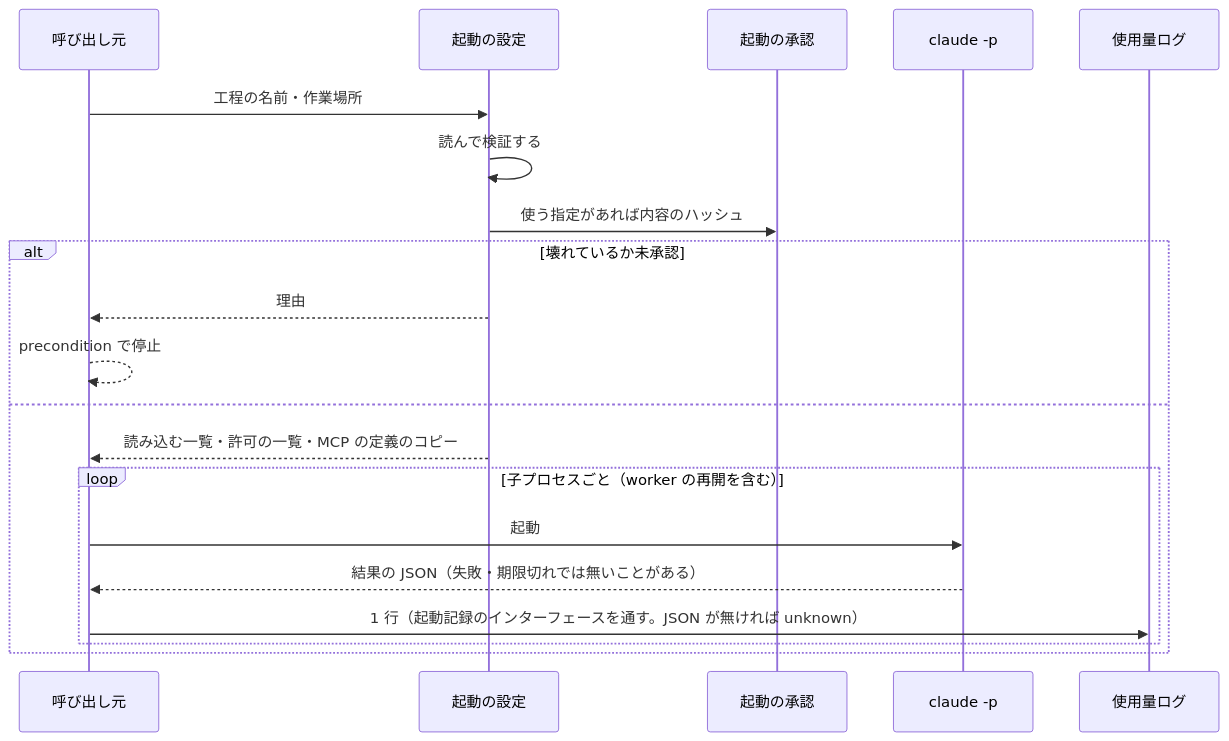
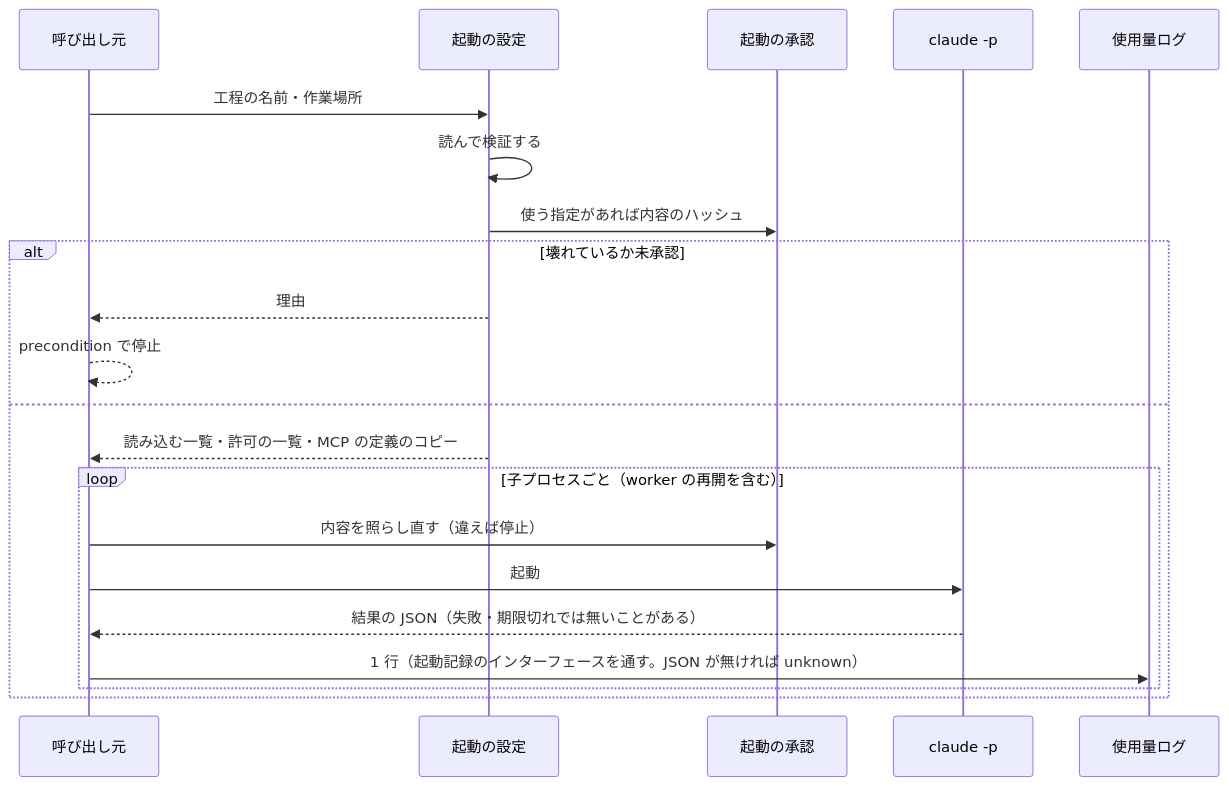
Before and after one commit to devbasex/ai-plugins: the fourth of 4 diagrams in issues/issue-1959-design.md, drawn with Mermaid. The commit also changed other lines of this file and 4 other files, not shown here.

````diff
--- a/issues/issue-1959-design.md
+++ b/issues/issue-1959-design.md
@@ -523,22 +485,23 @@
 ```mermaid
 sequenceDiagram
     participant C as 呼び出し元
     participant G as 起動の設定
     participant V as 起動の承認
     participant P as claude -p
     participant U as 使用量ログ
     C->>G: 工程の名前・作業場所
     G->>G: 読んで検証する
     G->>V: 使う指定があれば内容のハッシュ
     alt 壊れているか未承認
         G-->>C: 理由
         C-->>C: precondition で停止
     else
         G-->>C: 読み込む一覧・許可の一覧・MCP の定義のコピー
         loop 子プロセスごと（worker の再開を含む）
+            C->>V: 内容を照らし直す（違えば停止）
             C->>P: 起動
             P-->>C: 結果の JSON（失敗・期限切れでは無いことがある）
             C->>U: 1 行（起動記録のインターフェースを通す。JSON が無ければ unknown）
         end
     end
 ```
````
